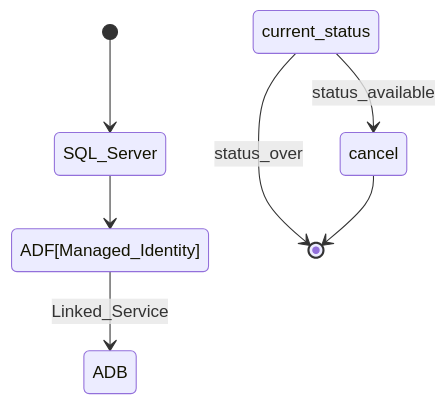
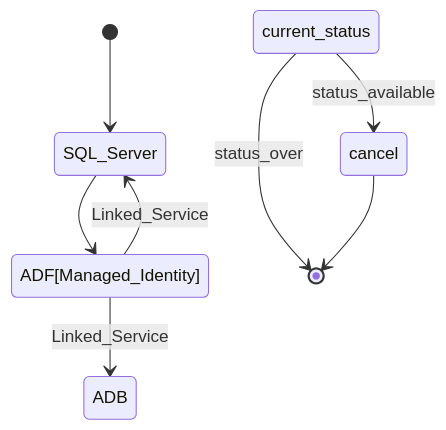
The diagram in README.md (vijganji99/strada-DE-Infra), drawn with Mermaid before and after one commit.

````diff
--- a/README.md
+++ b/README.md
@@ -16,9 +16,10 @@
 ```mermaid
 stateDiagram-v2
     [*] --> SQL_Server
     SQL_Server --> ADF[Managed_Identity]
+ADF[Managed_Identity] --> SQL_Server:Linked_Service
     ADF[Managed_Identity] --> ADB:Linked_Service
     current_status --> cancel: status_available
     current_status --> [*]: status_over
     cancel --> [*]
 ```
````
